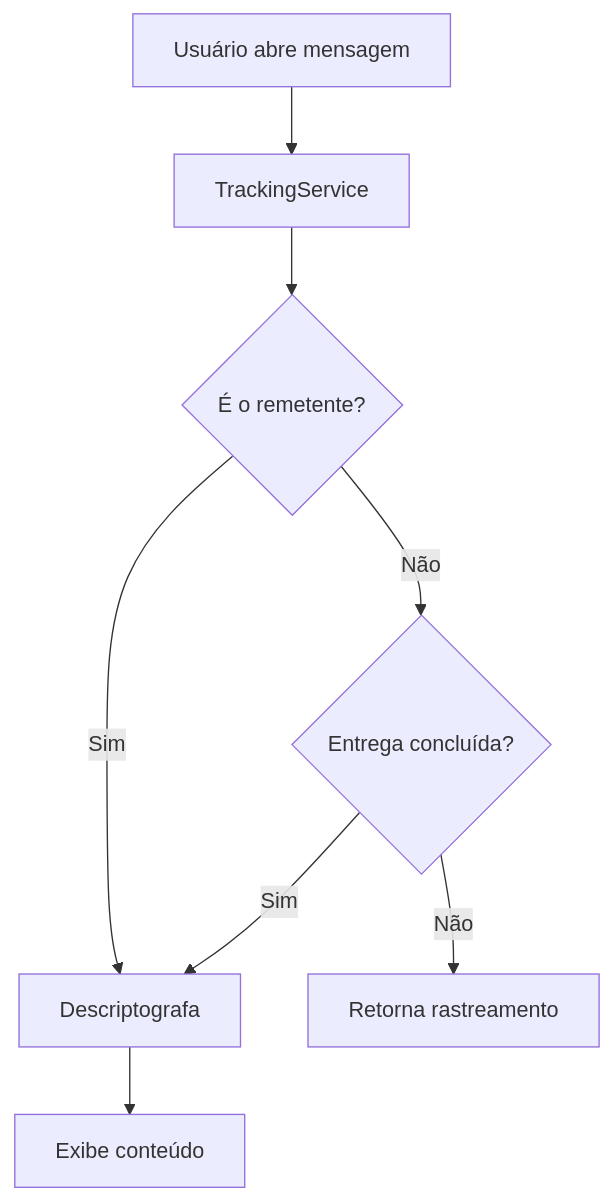
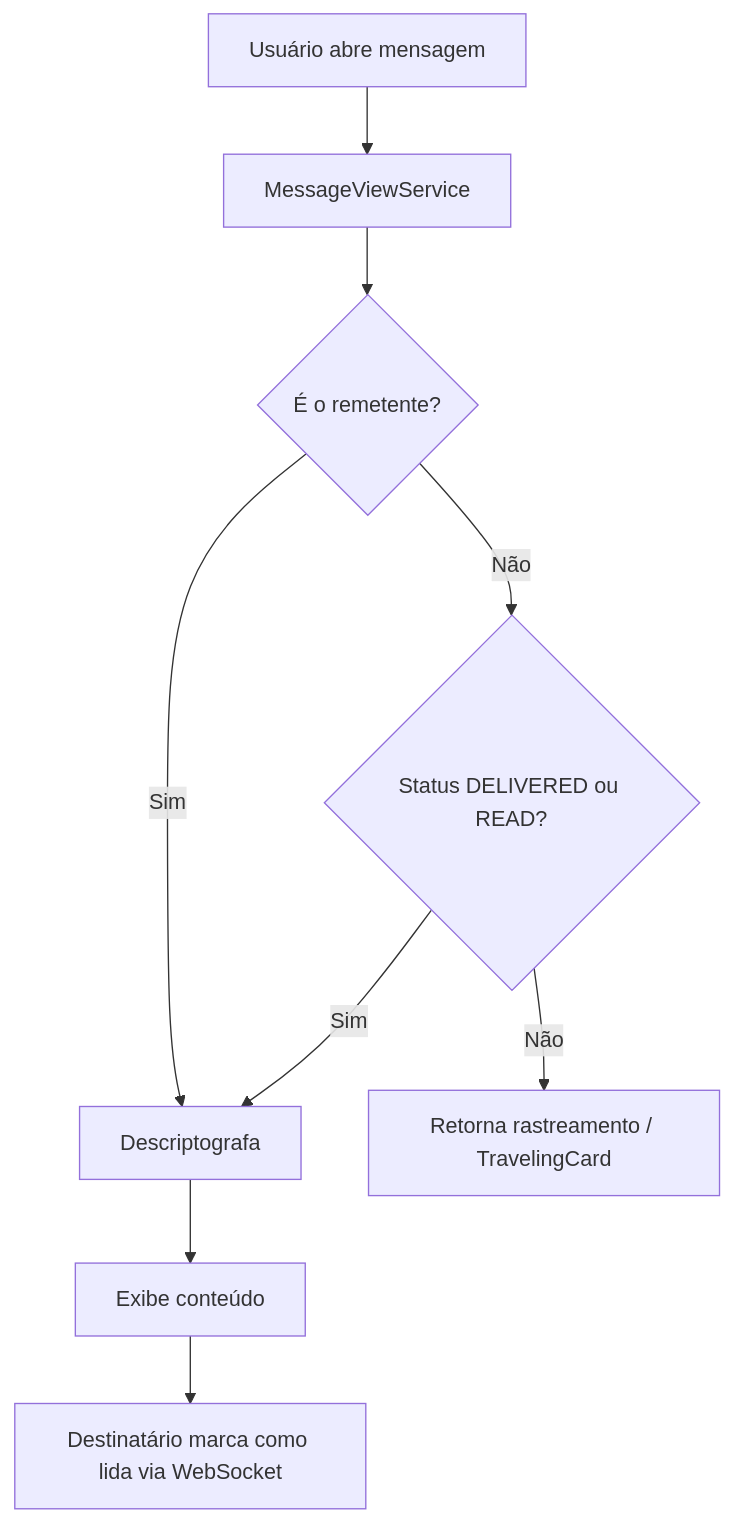
One commit to lenodeoliveira/corvo-zap changed the second of 4 diagrams in README.md. Above: the diagram before and after it, drawn with Mermaid. The commit also changed other lines of this file, not shown here.

````diff
--- a/README.md
+++ b/README.md
@@ -99,19 +148,21 @@
 ```mermaid
 flowchart TD
 
 A[Usuário abre mensagem]
 
-A --> B[TrackingService]
+A --> B[MessageViewService]
 
 B --> C{É o remetente?}
 
 C -->|Sim| D[Descriptografa]
 
-C -->|Não| E{Entrega concluída?}
+C -->|Não| E{Status DELIVERED ou READ?}
 
-E -->|Não| F[Retorna rastreamento]
+E -->|Não| F[Retorna rastreamento / TravelingCard]
 
 E -->|Sim| D
 
 D --> G[Exibe conteúdo]
+
+G --> H[Destinatário marca como lida via WebSocket]
 ```
````
